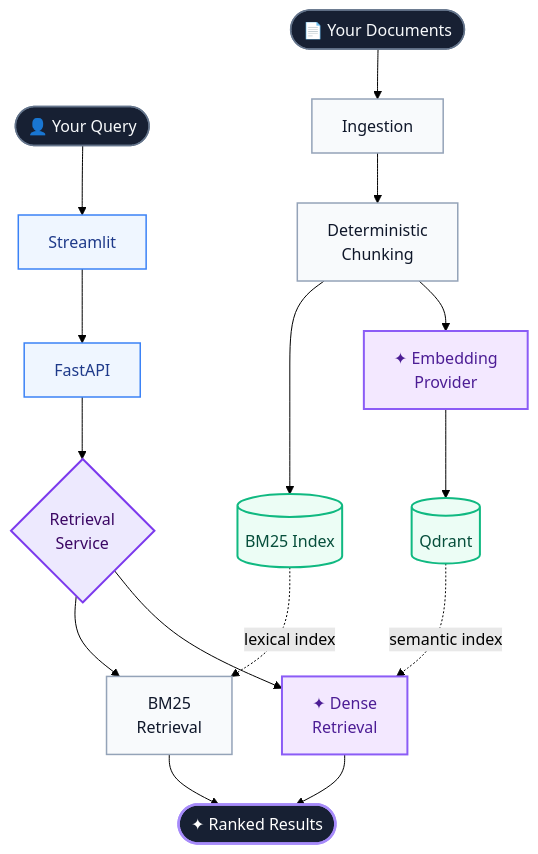
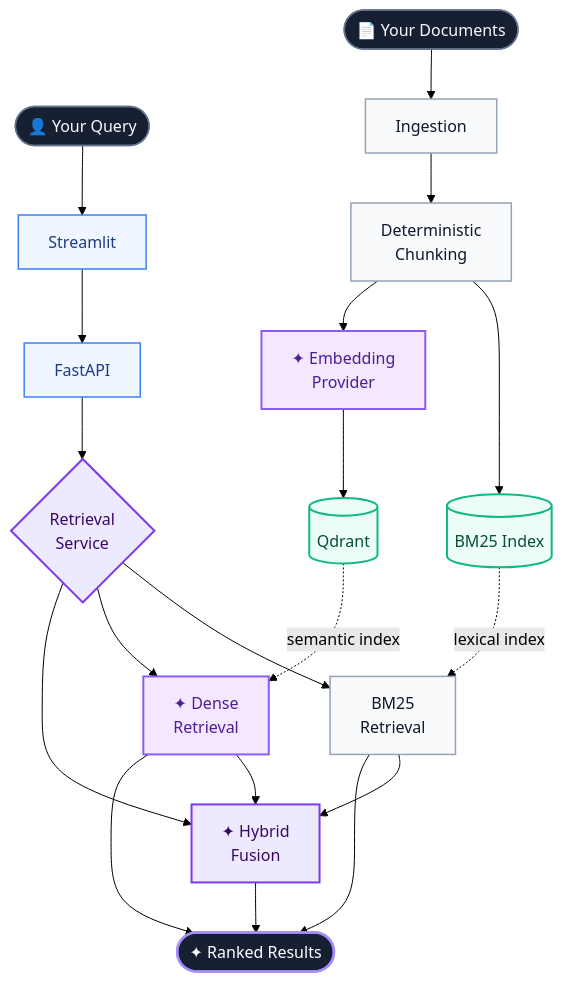
The first of 2 diagrams in README.md (bksampadi/SignalRank-RAG), drawn with Mermaid (forest theme) before and after one commit. The commit also changed other lines of this file and 1 other file, not shown here.

Commit message:
docs: add retrieval benchmark results and architecture updates

````diff
--- a/README.md
+++ b/README.md
@@ -17,57 +17,63 @@
 ```mermaid
 flowchart TB
 
     DOCS(["📄  Your Documents"])
     USER(["👤  Your Query"])
 
     ING["Ingestion"]
     CHUNK["Deterministic<br/>Chunking"]
 
     BMIDX[("BM25 Index")]
     EMB["✦ Embedding<br/>Provider"]
     QD[("Qdrant")]
 
     UI["Streamlit"]
     API["FastAPI"]
     RET{"Retrieval<br/>Service"}
 
     BM["BM25<br/>Retrieval"]
     DENSE["✦ Dense<br/>Retrieval"]
+    HYBRID["✦ Hybrid<br/>Fusion"]
 
     RESULT(["✦  Ranked Results"])
 
 
     DOCS --> ING --> CHUNK
 
     CHUNK --> BMIDX
     CHUNK --> EMB --> QD
 
 
     USER --> UI --> API --> RET
 
     RET --> BM
     RET --> DENSE
+    RET --> HYBRID
+
+    BM --> HYBRID
+    DENSE --> HYBRID
 
     BMIDX -. "lexical index" .-> BM
     QD -. "semantic index" .-> DENSE
 
     BM --> RESULT
     DENSE --> RESULT
+    HYBRID --> RESULT
 
 
     classDef entry fill:#172033,stroke:#64748b,stroke-width:1.5px,color:#f8fafc;
     classDef process fill:#f8fafc,stroke:#94a3b8,stroke-width:1.5px,color:#0f172a;
     classDef ai fill:#f3e8ff,stroke:#8b5cf6,stroke-width:2px,color:#4c1d95;
     classDef store fill:#ecfdf5,stroke:#10b981,stroke-width:2px,color:#064e3b;
     classDef app fill:#eff6ff,stroke:#3b82f6,stroke-width:1.5px,color:#1e3a8a;
     classDef route fill:#ede9fe,stroke:#7c3aed,stroke-width:2px,color:#3b0764;
     classDef result fill:#172033,stroke:#a78bfa,stroke-width:2.5px,color:#ffffff;
 
     class DOCS,USER entry;
     class ING,CHUNK,BM process;
     class EMB,DENSE ai;
     class BMIDX,QD store;
     class UI,API app;
-    class RET route;
+    class RET,HYBRID route;
     class RESULT result;
 ```
````
